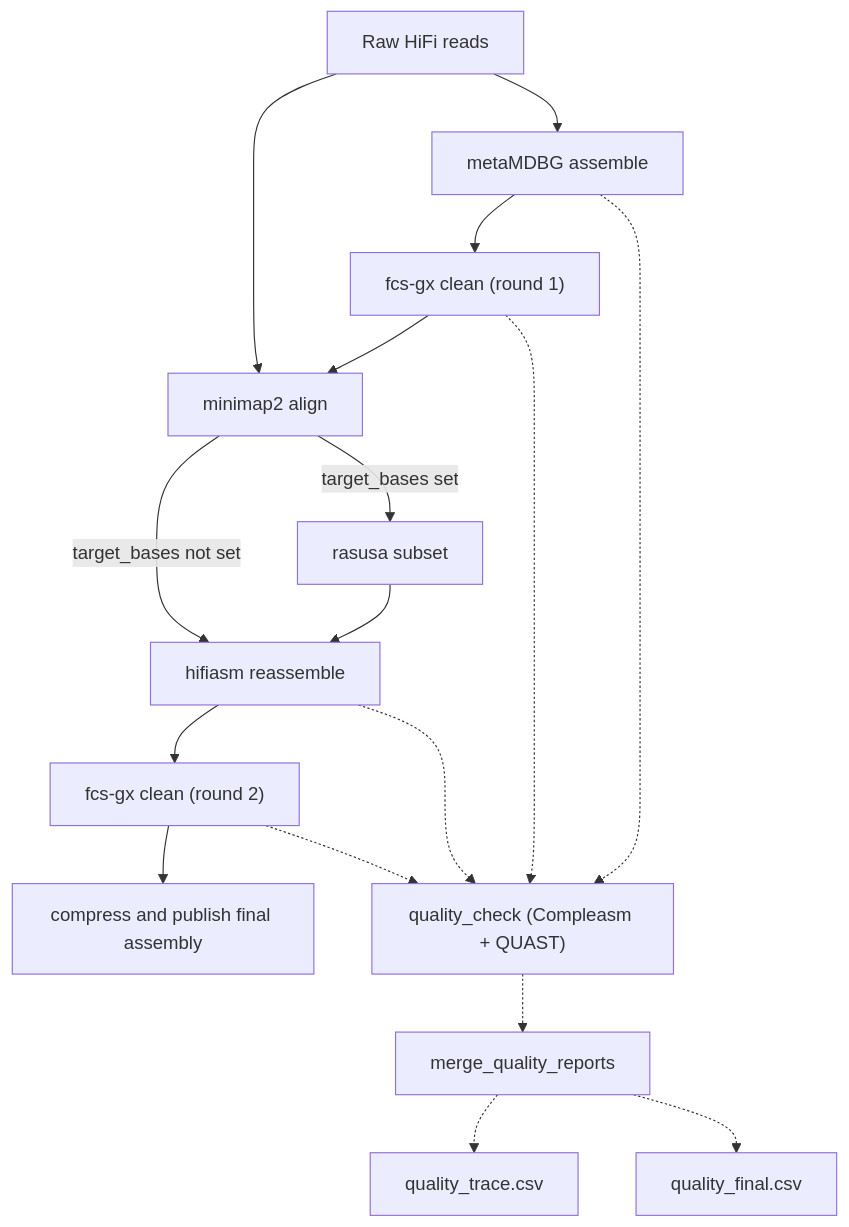
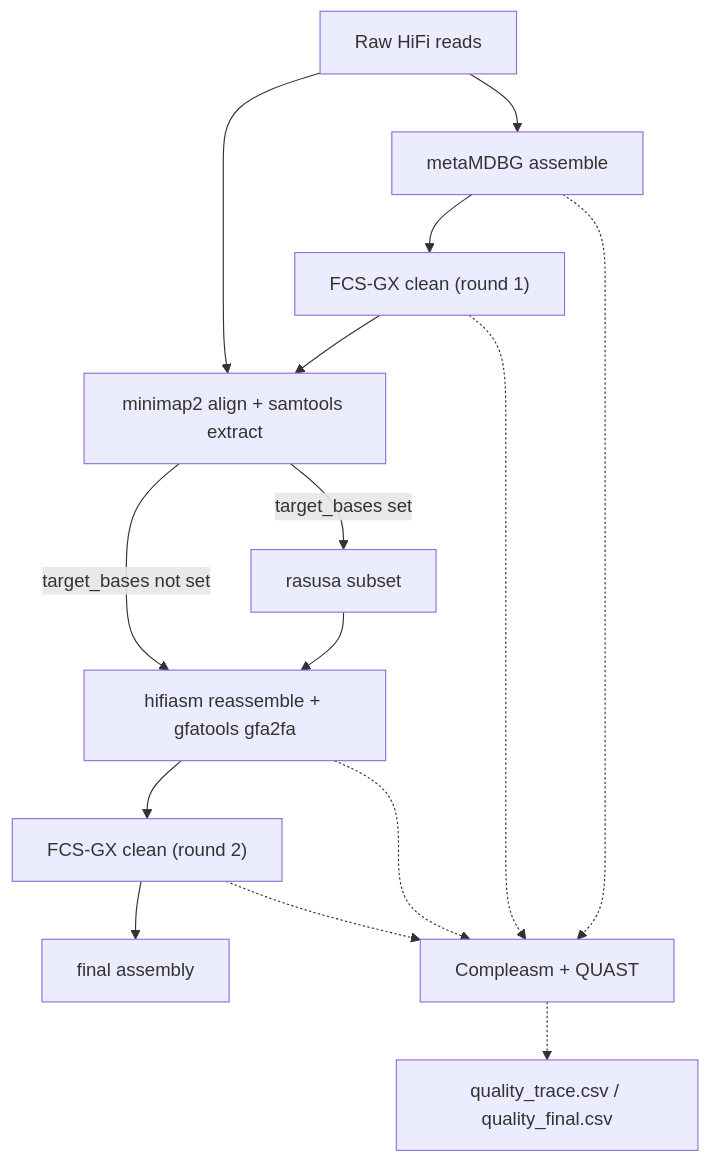
The diagram in README.md (Yixuan39/targetasm), drawn with Mermaid before and after one commit. The commit also changed other lines of this file, not shown here.

````diff
--- a/README.md
+++ b/README.md
@@ -21,21 +15,18 @@
 ```mermaid
 graph TD
     RAW["Raw HiFi reads"] --> MDBG["metaMDBG assemble"]
-    MDBG --> FCS1["fcs-gx clean (round 1)"]
-    FCS1 --> MM["minimap2 align"]
+    MDBG --> FCS1["FCS-GX clean (round 1)"]
+    FCS1 --> MM["minimap2 align + samtools extract"]
     RAW --> MM
     MM -->|target_bases set| RAS["rasusa subset"]
-    RAS --> HIFI["hifiasm reassemble"]
+    RAS --> HIFI["hifiasm reassemble + gfatools gfa2fa"]
     MM -->|target_bases not set| HIFI
-    HIFI --> FCS2["fcs-gx clean (round 2)"]
-    FCS2 --> DELIVER["compress and publish final assembly"]
-    
-    %% Optional QC branch
-    MDBG -.-> QC["quality_check (Compleasm + QUAST)"]
+    HIFI --> FCS2["FCS-GX clean (round 2)"]
+    FCS2 --> DELIVER["final assembly"]
+
+    MDBG -.-> QC["Compleasm + QUAST"]
     FCS1 -.-> QC
     HIFI -.-> QC
     FCS2 -.-> QC
-    QC -.-> MERGE["merge_quality_reports"]
-    MERGE -.-> TRACE["quality_trace.csv"]
-    MERGE -.-> FINAL["quality_final.csv"]
+    QC -.-> MERGE["quality_trace.csv / quality_final.csv"]
 ```
````
